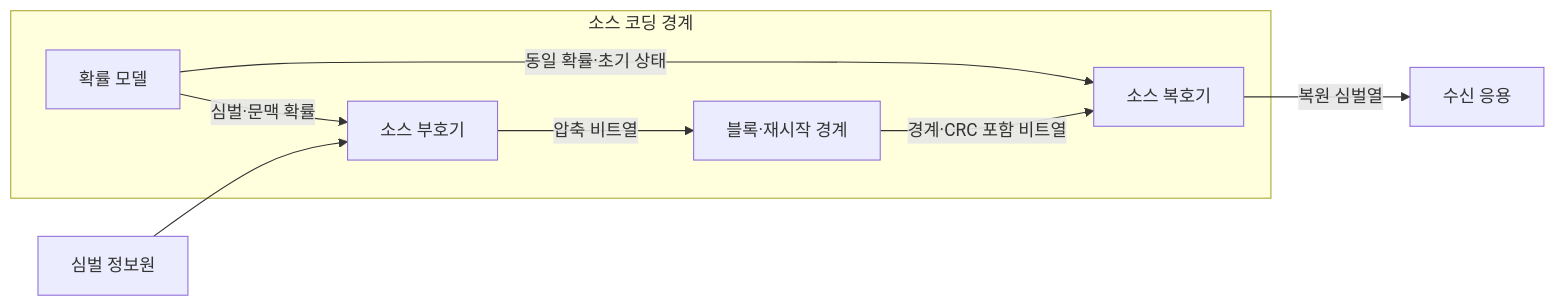
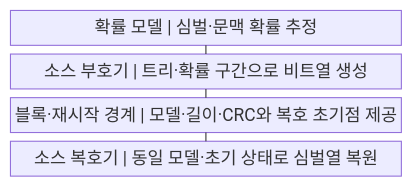
The first of 2 diagrams in src/content/docs/notes/04-network/064_source_coding.md (agnusdei1207/knowledge-base), drawn with Mermaid before and after one commit. The commit also changed other lines of this file and 20 other files, not shown here.

````diff
--- a/src/content/docs/notes/04-network/064_source_coding.md
+++ b/src/content/docs/notes/04-network/064_source_coding.md
@@ -55,16 +55,11 @@
 ```mermaid
-flowchart LR
-    SRC[심벌 정보원]
-    subgraph S[소스 코딩 경계]
-        MODEL[확률 모델]
-        ENC[소스 부호기]
-        FRAME[블록·재시작 경계]
-        DEC[소스 복호기]
-        MODEL -->|심벌·문맥 확률| ENC
-        MODEL -->|동일 확률·초기 상태| DEC
-        ENC -->|압축 비트열| FRAME
-        FRAME -->|경계·CRC 포함 비트열| DEC
-    end
-    SRC --> ENC
-    DEC -->|복원 심벌열| OUT[수신 응용]
+block
+    columns 1
+    A["확률 모델 | 심벌·문맥 확률 추정"]
+    B["소스 부호기 | 트리·확률 구간으로 비트열 생성"]
+    C["블록·재시작 경계 | 모델·길이·CRC와 복호 초기점 제공"]
+    D["소스 복호기 | 동일 모델·초기 상태로 심벌열 복원"]
+    A --- B
+    B --- C
+    C --- D
 ```
````
